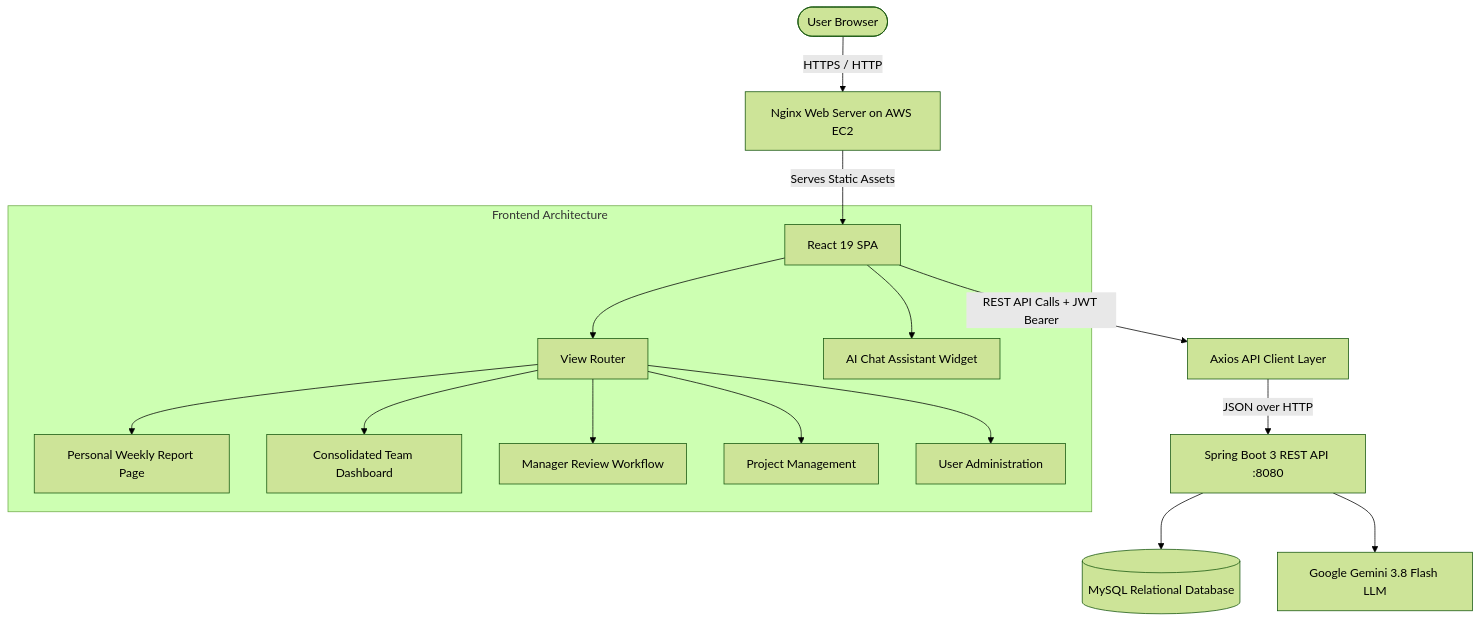
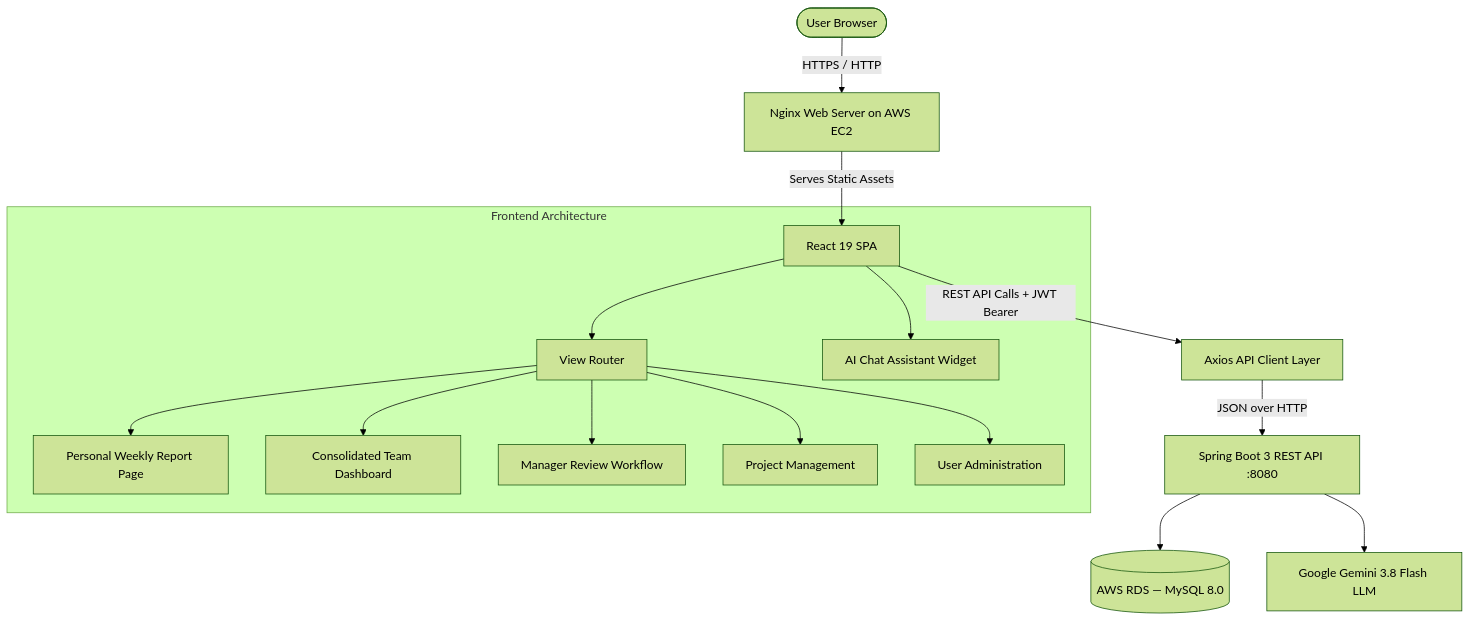
Before and after one commit to SachinthaNimesh370/Weekly_Report_Dashboard_Frontend: the diagram in README.md, drawn with Mermaid (forest theme). The commit also changed other lines of this file, not shown here.

Commit message:
docs: add AWS RDS (MySQL 8.0) references to README

````diff
--- a/README.md
+++ b/README.md
@@ -37,20 +38,20 @@
 ```mermaid
 graph TD
     User([User Browser]) -->|HTTPS / HTTP| Nginx[Nginx Web Server on AWS EC2]
     Nginx -->|Serves Static Assets| ReactApp[React 19 SPA]
     ReactApp -->|REST API Calls + JWT Bearer| Axios[Axios API Client Layer]
     
     subgraph Frontend Architecture
         ReactApp --> Router[View Router]
         Router --> PersonalReport[Personal Weekly Report Page]
         Router --> TeamDash[Consolidated Team Dashboard]
         Router --> ManagerRev[Manager Review Workflow]
         Router --> Projects[Project Management]
         Router --> Users[User Administration]
         ReactApp --> AiWidget[AI Chat Assistant Widget]
     end
 
     Axios -->|JSON over HTTP| Backend[Spring Boot 3 REST API :8080]
-    Backend --> DB[(MySQL Relational Database)]
+    Backend --> RDS[(AWS RDS — MySQL 8.0)]
     Backend --> GeminiAPI[Google Gemini 3.8 Flash LLM]
 ```
````
